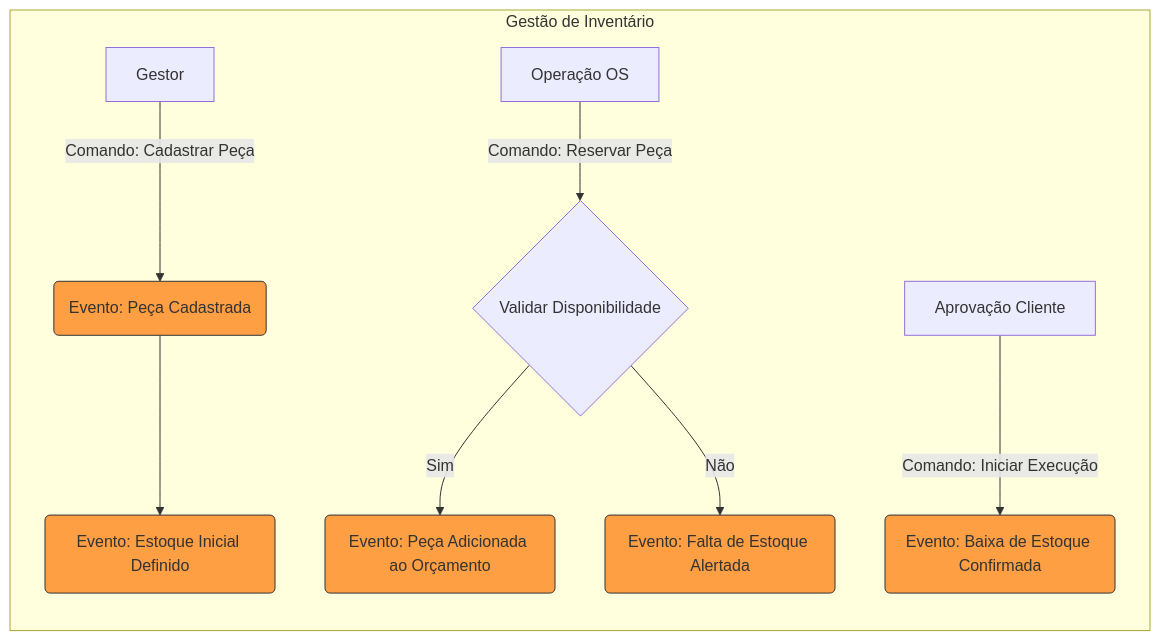
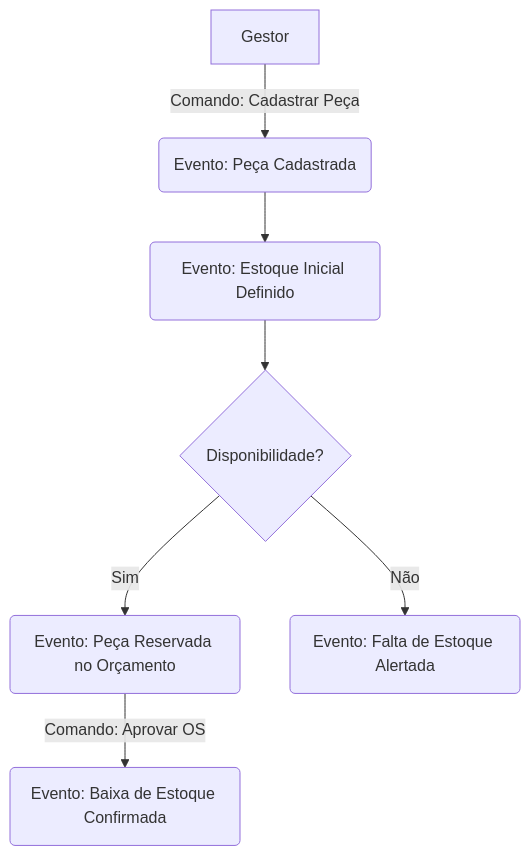
Before and after one commit to marcelsenarios/fiap-oficina: the second of 4 diagrams in docs/DDD_DOCUMENTATION.md, drawn with Mermaid. The commit also changed other lines of this file, not shown here.

````diff
--- a/docs/DDD_DOCUMENTATION.md
+++ b/docs/DDD_DOCUMENTATION.md
@@ -64,17 +44,9 @@
 ```mermaid
-graph LR
-    subgraph "Gestão de Inventário"
-        A[Gestor] -- "Comando: Cadastrar Peça" --> B(Evento: Peça Cadastrada)
-        B --> C(Evento: Estoque Inicial Definido)
-        D[Operação OS] -- "Comando: Reservar Peça" --> E{Validar Disponibilidade}
-        E -- "Sim" --> F(Evento: Peça Adicionada ao Orçamento)
-        E -- "Não" --> G(Evento: Falta de Estoque Alertada)
-        H[Aprovação Cliente] -- "Comando: Iniciar Execução" --> I(Evento: Baixa de Estoque Confirmada)
-    end
-
-    style B fill:#ff9f43,stroke:#333
-    style C fill:#ff9f43,stroke:#333
-    style F fill:#ff9f43,stroke:#333
-    style G fill:#ff9f43,stroke:#333
-    style I fill:#ff9f43,stroke:#333
+graph TD
+    A[Gestor] -->|Comando: Cadastrar Peça| B(Evento: Peça Cadastrada)
+    B --> C(Evento: Estoque Inicial Definido)
+    C --> D{Disponibilidade?}
+    D -->|Sim| F(Evento: Peça Reservada no Orçamento)
+    D -->|Não| G(Evento: Falta de Estoque Alertada)
+    F -->|Comando: Aprovar OS| I(Evento: Baixa de Estoque Confirmada)
 ```
````
